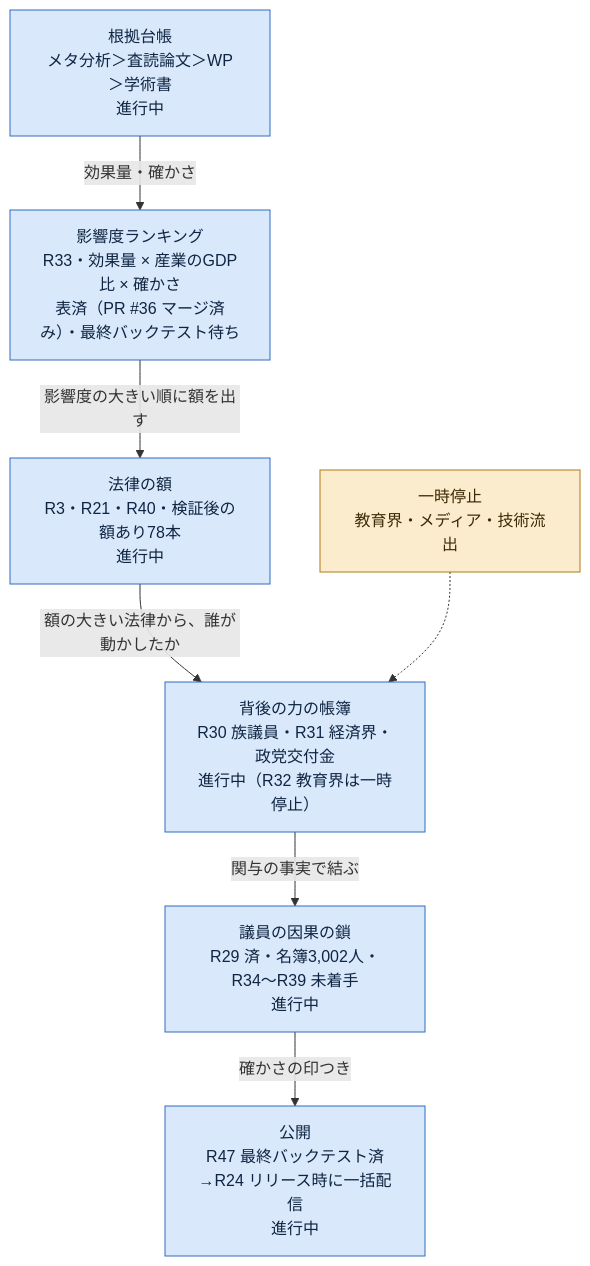
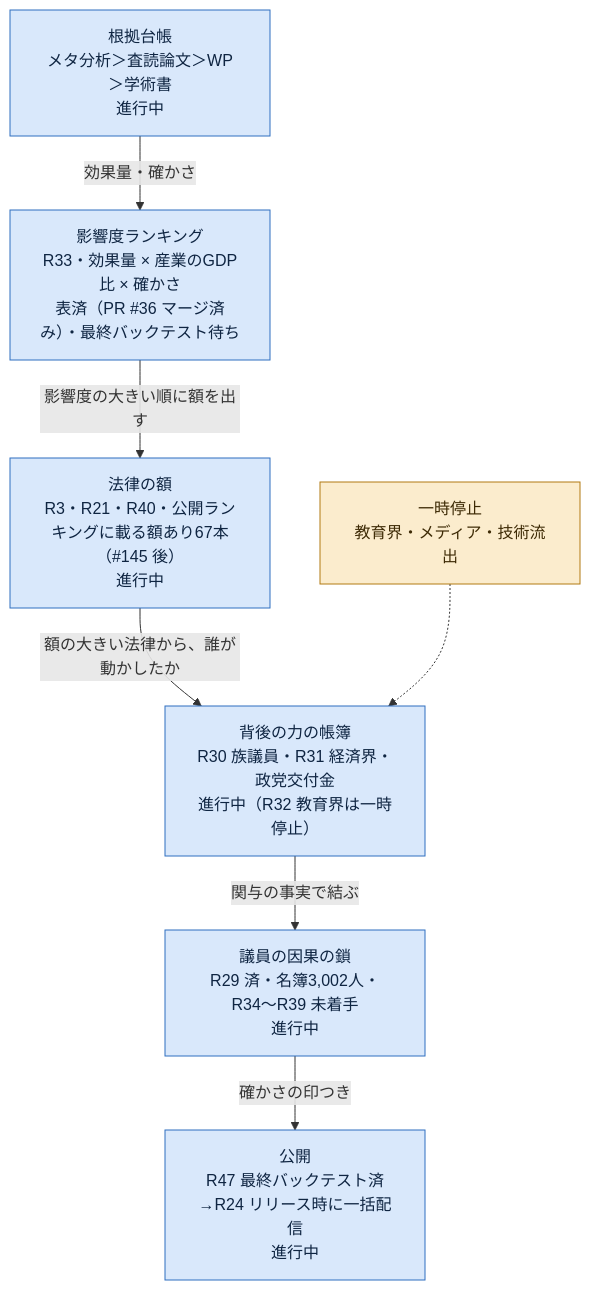
One commit to nexus-ai-2045/public-interest-lens changed the second of 2 diagrams in docs/ロードマップ.md. Above: the diagram before and after it, drawn with Mermaid.

Commit message:
ロードマップ図の「検証後の額あり78本」を #145 後の公開67本に直す

````diff
--- a/docs/ロードマップ.md
+++ b/docs/ロードマップ.md
@@ -259,19 +259,19 @@
 ```mermaid
 flowchart TD
   A["根拠台帳<br/>メタ分析＞査読論文＞WP＞学術書<br/>進行中"]:::prog
   B["影響度ランキング<br/>R33・効果量 × 産業のGDP比 × 確かさ<br/>表済（PR #36 マージ済み）・最終バックテスト待ち"]:::prog
-  C["法律の額<br/>R3・R21・R40・検証後の額あり78本<br/>進行中"]:::prog
+  C["法律の額<br/>R3・R21・R40・公開ランキングに載る額あり67本（#145 後）<br/>進行中"]:::prog
   D["背後の力の帳簿<br/>R30 族議員・R31 経済界・政党交付金<br/>進行中（R32 教育界は一時停止）"]:::prog
   E["議員の因果の鎖<br/>R29 済・名簿3,002人・R34〜R39 未着手<br/>進行中"]:::prog
   F["公開<br/>R47 最終バックテスト済→R24 リリース時に一括配信<br/>進行中"]:::prog
   A -->|"効果量・確かさ"| B
   B -->|"影響度の大きい順に額を出す"| C
   C -->|"額の大きい法律から、誰が動かしたか"| D
   D -->|"関与の事実で結ぶ"| E
   E -->|"確かさの印つき"| F
   P["一時停止<br/>教育界・メディア・技術流出"]:::pause -.-> D
   classDef done fill:#d7efdc,stroke:#2e7d46,color:#102a18
   classDef prog fill:#d9e8fb,stroke:#2f6fc0,color:#0f2542
   classDef pause fill:#fbeccd,stroke:#b27a12,color:#3d2a05
   classDef todo fill:#f1f1f1,stroke:#888,stroke-dasharray:4 3,color:#222
 ```
````
